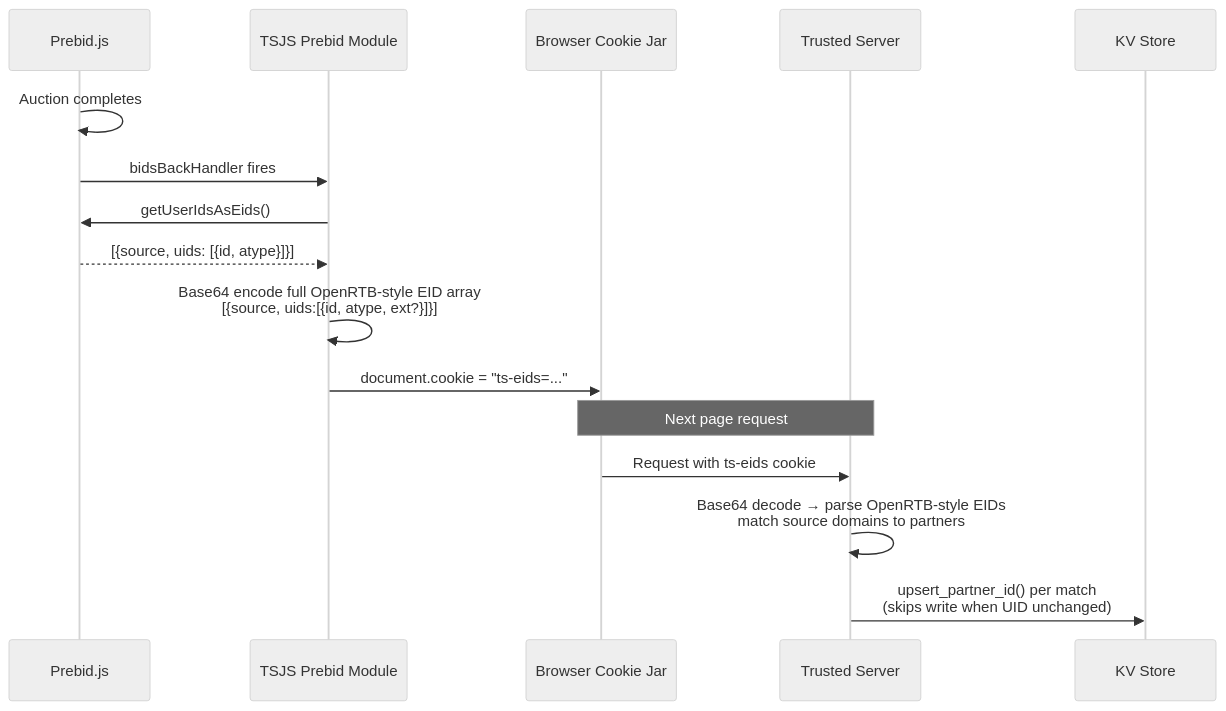
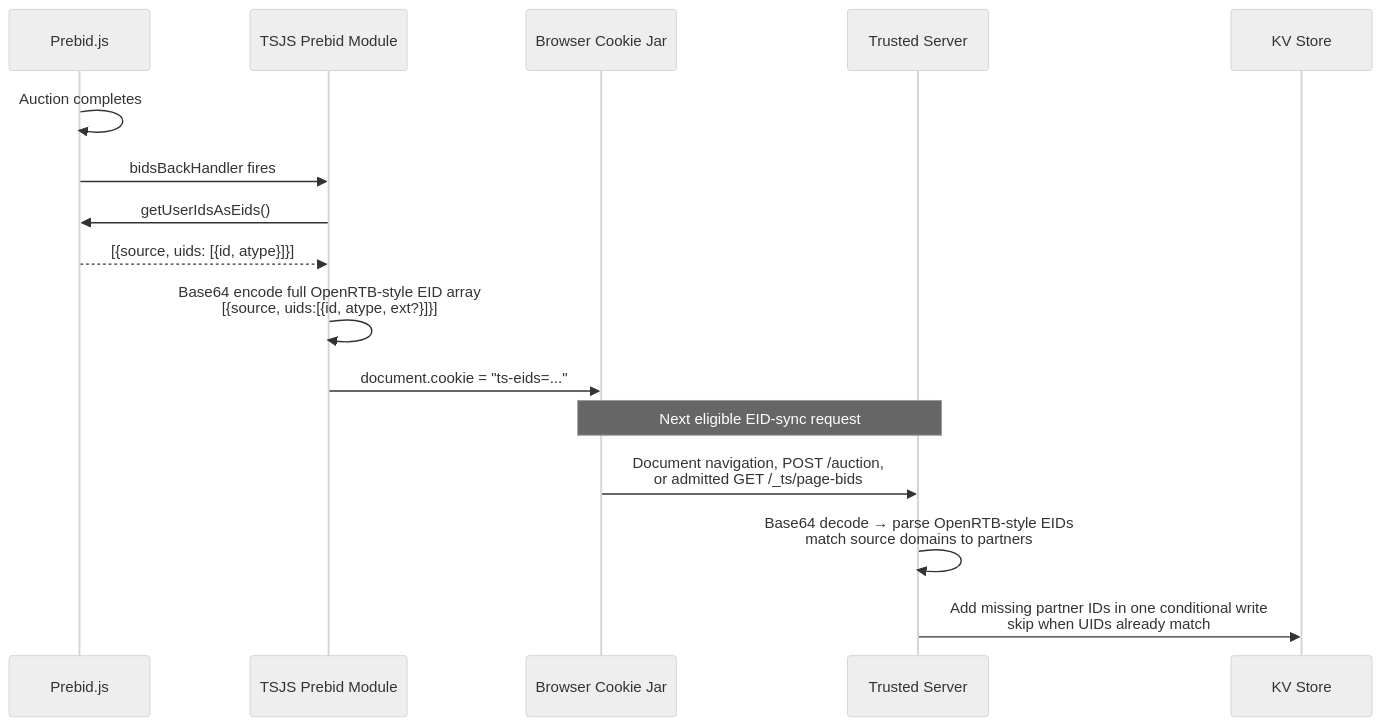
One commit to IABTechLab/trusted-server changed the fifth of 6 diagrams in docs/guide/edge-cookies.md. Above: the diagram before and after it, drawn with Mermaid (neutral theme). The commit also changed other lines of this file and 8 other files, not shown here.

Commit message:
Address EID sync review feedback

````diff
--- a/docs/guide/edge-cookies.md
+++ b/docs/guide/edge-cookies.md
@@ -153,20 +153,20 @@
 ```mermaid
 sequenceDiagram
     participant Prebid as Prebid.js
     participant TSJS as TSJS Prebid Module
     participant B as Browser Cookie Jar
     participant TS as Trusted Server
     participant KV as KV Store
 
     Prebid->>Prebid: Auction completes
     Prebid->>TSJS: bidsBackHandler fires
     TSJS->>Prebid: getUserIdsAsEids()
     Prebid-->>TSJS: [{source, uids: [{id, atype}]}]
     TSJS->>TSJS: Base64 encode full OpenRTB-style EID array<br/>[{source, uids:[{id, atype, ext?}]}]
     TSJS->>B: document.cookie = "ts-eids=..."
 
-    Note over B,TS: Next page request
-    B->>TS: Request with ts-eids cookie
+    Note over B,TS: Next eligible EID-sync request
+    B->>TS: Document navigation, POST /auction,<br/>or admitted GET /_ts/page-bids
     TS->>TS: Base64 decode → parse OpenRTB-style EIDs<br/>match source domains to partners
-    TS->>KV: upsert_partner_id() per match<br/>(skips write when UID unchanged)
+    TS->>KV: Add missing partner IDs in one conditional write<br/>skip when UIDs already match
 ```
````
